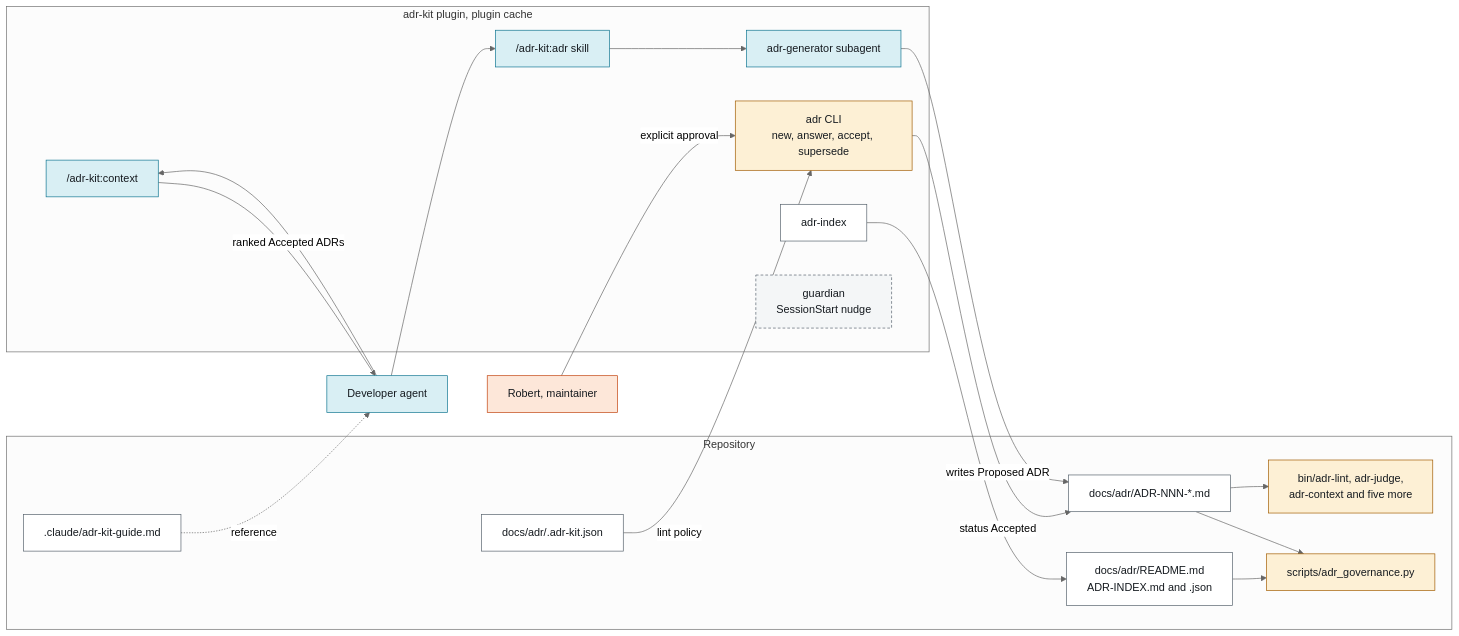
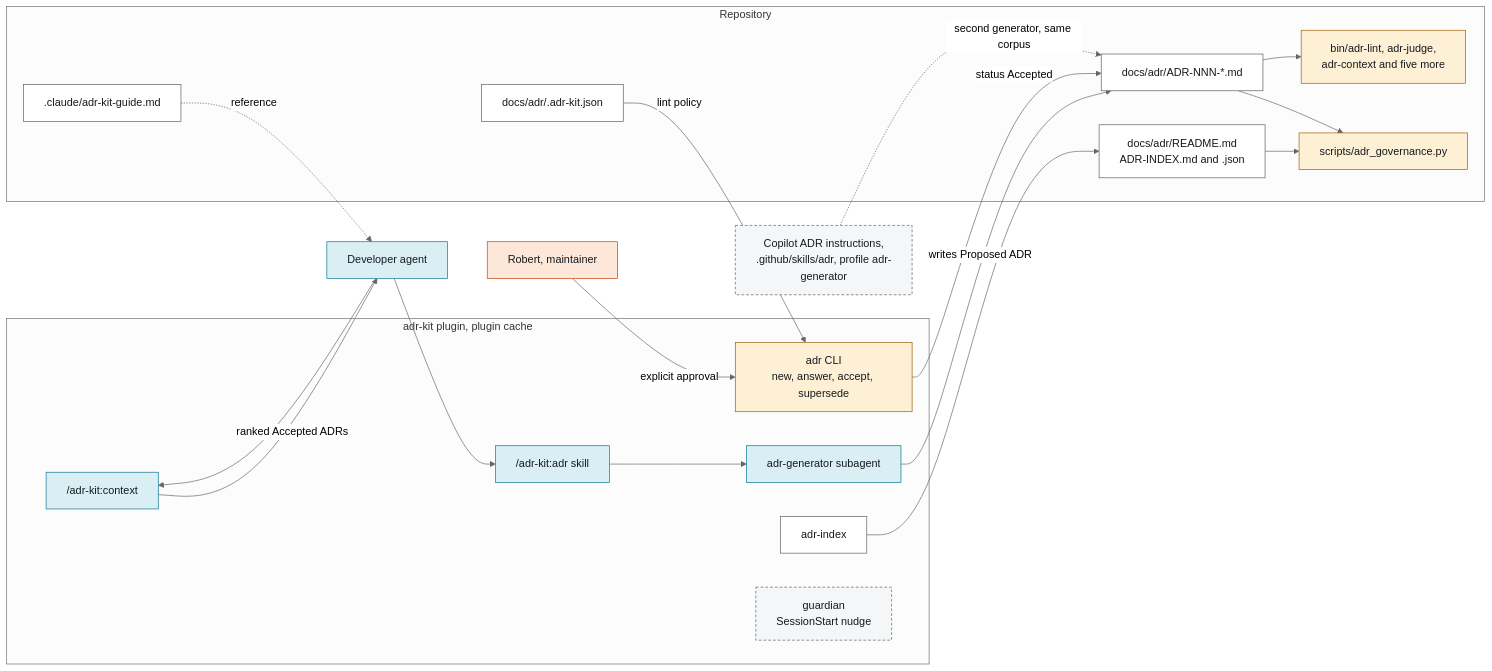
Before and after one commit to rvdbreemen/OTGW-firmware: diagram 41 of 50 in docs/process/agentic-setup.md, drawn with Mermaid (neutral theme). The commit also changed other lines of this file, not shown here.

````diff
--- a/docs/process/agentic-setup.md
+++ b/docs/process/agentic-setup.md
@@ -2688,43 +2701,45 @@
 ```mermaid
 flowchart LR
   classDef human fill:#fde7d9,stroke:#c2410c,color:#151a1f
   classDef agent fill:#d9eff4,stroke:#0e7490,color:#151a1f
   classDef gate fill:#fdf0d5,stroke:#a15c00,color:#151a1f
   classDef store fill:#ffffff,stroke:#56616c,color:#151a1f
   classDef ext fill:#f4f6f7,stroke:#56616c,color:#151a1f,stroke-dasharray:4 3
 
   subgraph PLUGIN["adr-kit plugin, plugin cache"]
     CTX["/adr-kit:context"]:::agent
     SK["/adr-kit:adr skill"]:::agent
     GEN["adr-generator subagent"]:::agent
     CLI["adr CLI<br/>new, answer, accept, supersede"]:::gate
     IDX["adr-index"]:::store
     GUARD["guardian<br/>SessionStart nudge"]:::ext
   end
 
   subgraph REPO["Repository"]
     CORPUS["docs/adr/ADR-NNN-*.md"]:::store
     CFG["docs/adr/.adr-kit.json"]:::store
     README["docs/adr/README.md<br/>ADR-INDEX.md and .json"]:::store
     GUIDE[".claude/adr-kit-guide.md"]:::store
     BIN["bin/adr-lint, adr-judge,<br/>adr-context and five more"]:::gate
     GOV["scripts/adr_governance.py"]:::gate
   end
 
   DEV["Developer agent"]:::agent
   ROBERT["Robert, maintainer"]:::human
+  COP["Copilot ADR instructions,<br/>.github/skills/adr, profile adr-generator"]:::ext
 
   DEV --> CTX
   CTX -->|"ranked Accepted ADRs"| DEV
   DEV --> SK
   SK --> GEN
   GEN -->|"writes Proposed ADR"| CORPUS
   CFG -->|"lint policy"| CLI
   ROBERT -->|"explicit approval"| CLI
   CLI -->|"status Accepted"| CORPUS
   IDX --> README
   CORPUS --> GOV
   README --> GOV
   CORPUS --> BIN
   GUIDE -.->|"reference"| DEV
+  COP -.->|"second generator, same corpus"| CORPUS
 ```
````
